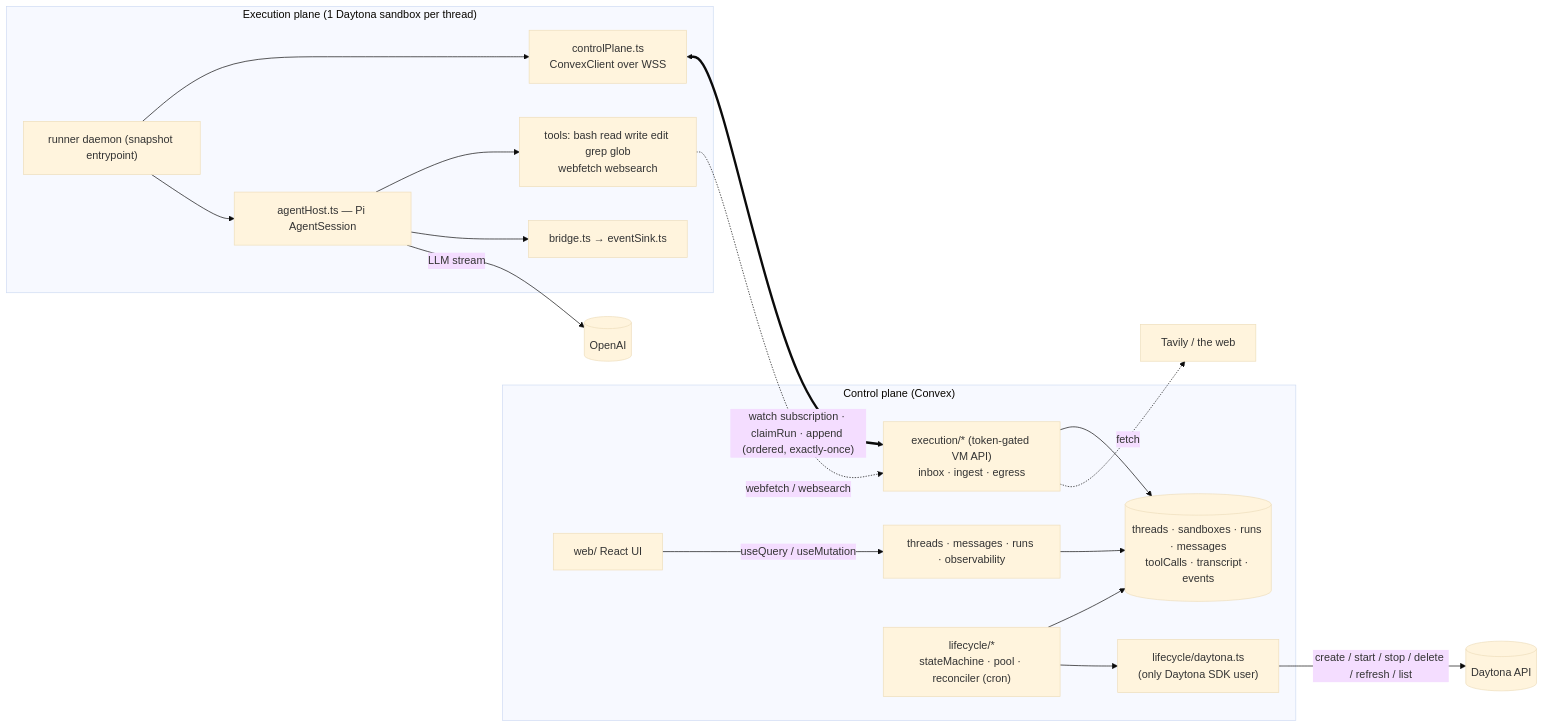
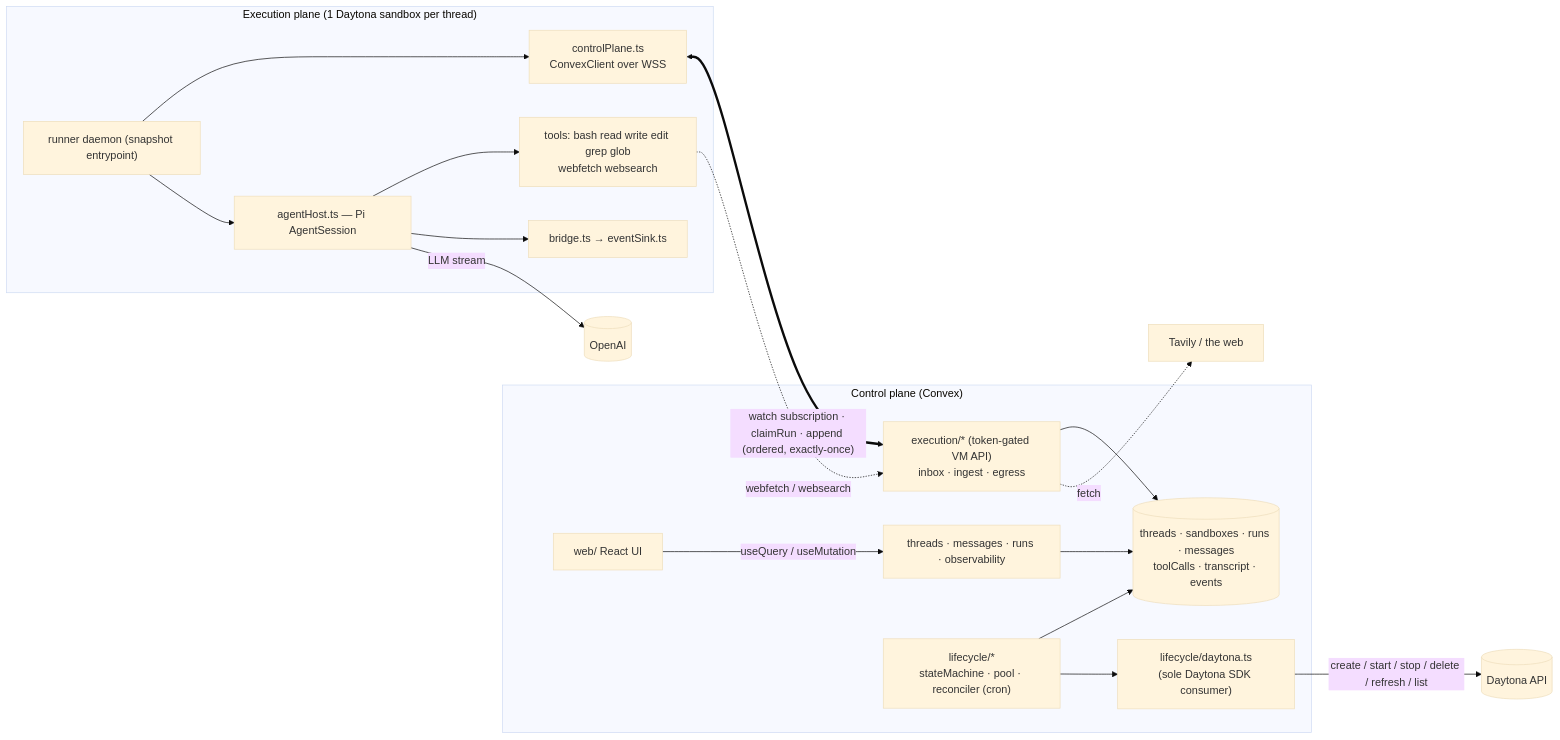
One commit to Raiyan-Noor/PiAgentChatbot changed the first of 5 diagrams in README.md. Above: the diagram before and after it, drawn with Mermaid (base theme). The commit also changed other lines of this file and 1 other file, not shown here.

````diff
--- a/README.md
+++ b/README.md
@@ -18,21 +88,21 @@
 ```mermaid
 flowchart LR
   subgraph CP["Control plane (Convex)"]
     UI["web/ React UI"] -- useQuery / useMutation --> API["threads · messages · runs · observability"]
     API --> DB[("threads · sandboxes · runs · messages<br/>toolCalls · transcript · events")]
     EX["execution/* (token-gated VM API)<br/>inbox · ingest · egress"] --> DB
     LC["lifecycle/*<br/>stateMachine · pool · reconciler (cron)"] --> DB
-    LC --> DY["lifecycle/daytona.ts<br/>(only Daytona SDK user)"]
+    LC --> DY["lifecycle/daytona.ts<br/>(sole Daytona SDK consumer)"]
   end
   subgraph VM["Execution plane (1 Daytona sandbox per thread)"]
     D["runner daemon (snapshot entrypoint)"] --> CPL["controlPlane.ts<br/>ConvexClient over WSS"]
     D --> H["agentHost.ts — Pi AgentSession"]
     H --> T["tools: bash read write edit grep glob<br/>webfetch websearch"]
     H --> B["bridge.ts → eventSink.ts"]
   end
   CPL <== "watch subscription · claimRun · append (ordered, exactly-once)" ==> EX
   T -. "webfetch / websearch" .-> EX
   EX -. fetch .-> WEB["Tavily / the web"]
   DY -- "create / start / stop / delete / refresh / list" --> DAYTONA[(Daytona API)]
   H -- "LLM stream" --> OAI[(OpenAI)]
 ```
````
